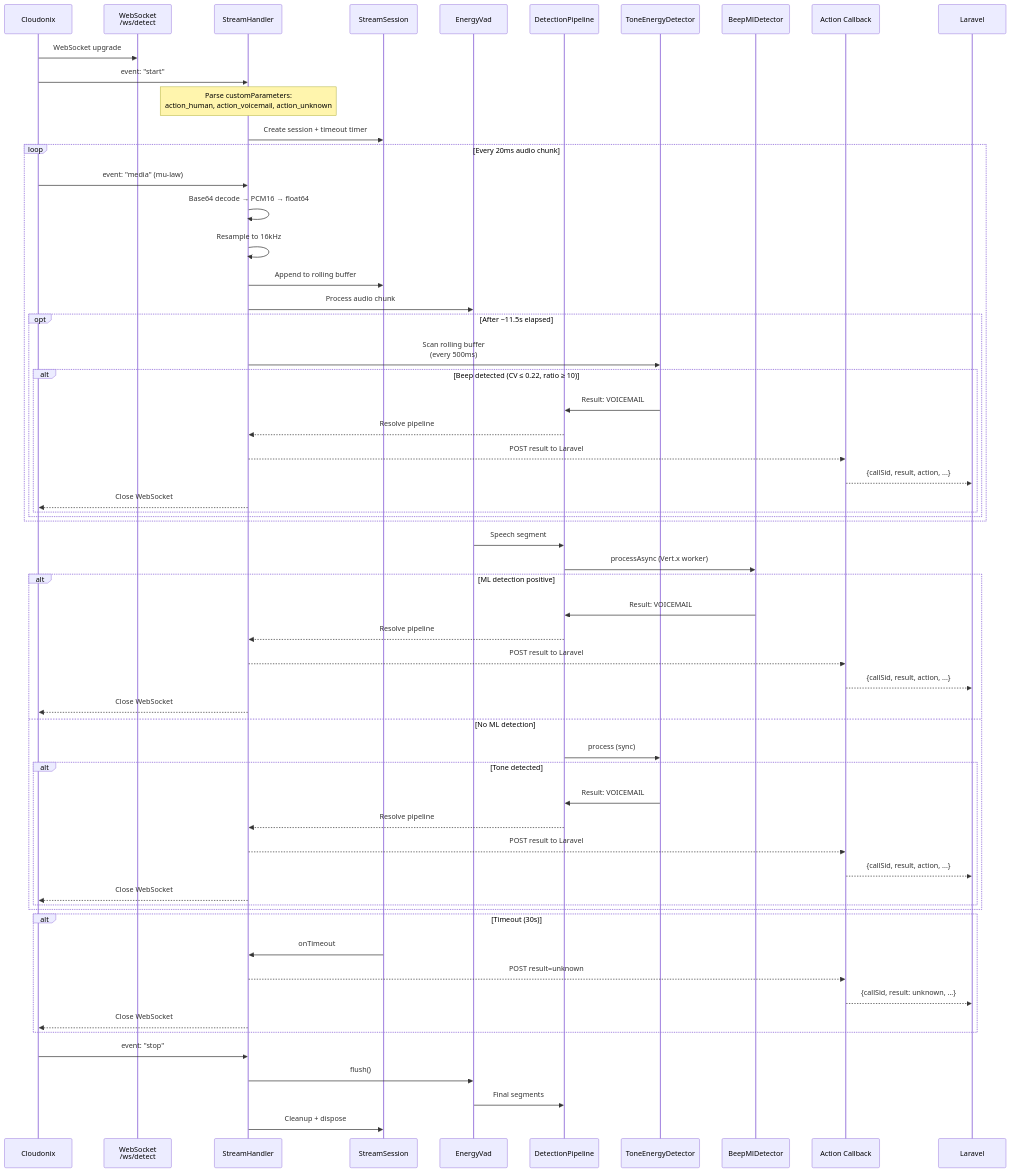
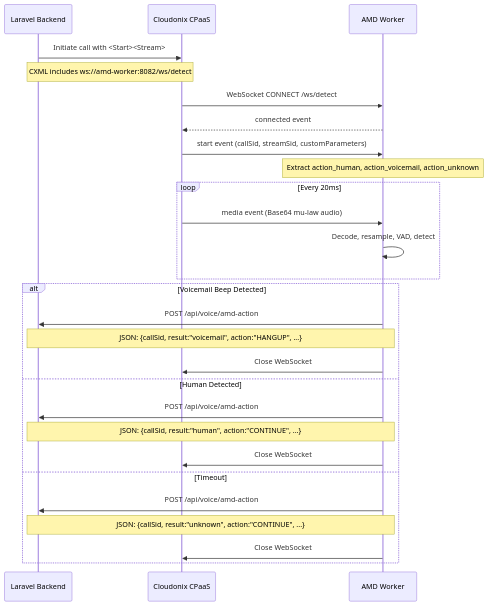
The third of 3 diagrams in amd-worker/README.md (greenfieldtech-nirs/opbx), drawn with Mermaid before and after one commit. The commit also changed other lines of this file and 166 other files, not shown here.

````diff
--- a/amd-worker/README.md
+++ b/amd-worker/README.md
@@ -104,63 +286,32 @@
 ```mermaid
 sequenceDiagram
-    participant C as Cloudonix
-    participant WS as WebSocket<br/>/ws/detect
-    participant SH as StreamHandler
-    participant SS as StreamSession
-    participant VAD as EnergyVad
-    participant DP as DetectionPipeline
-    participant TED as ToneEnergyDetector
-    participant BML as BeepMlDetector
-    participant CB as Action Callback
-    participant L as Laravel
+    participant L as Laravel Backend
+    participant C as Cloudonix CPaaS
+    participant A as AMD Worker
 
-    C->>WS: WebSocket upgrade
-    C->>SH: event: "start"
-    Note over SH: Parse customParameters:<br/>action_human, action_voicemail, action_unknown
-    SH->>SS: Create session + timeout timer
-    loop Every 20ms audio chunk
-        C->>SH: event: "media" (mu-law)
-        SH->>SH: Base64 decode → PCM16 → float64
-        SH->>SH: Resample to 16kHz
-        SH->>SS: Append to rolling buffer
-        SH->>VAD: Process audio chunk
-        opt After ~11.5s elapsed
-            SH->>TED: Scan rolling buffer<br/>(every 500ms)
-            alt Beep detected (CV ≤ 0.22, ratio ≥ 10)
-                TED->>DP: Result: VOICEMAIL
-                DP-->>SH: Resolve pipeline
-                SH-->>CB: POST result to Laravel
-                CB-->>L: {callSid, result, action, ...}
-                SH-->>C: Close WebSocket
-            end
-        end
+    L->>C: Initiate call with <Start><Stream>
+    Note over L,C: CXML includes ws://amd-worker:8082/ws/detect
+    C->>A: WebSocket CONNECT /ws/detect
+    A-->>C: connected event
+    C->>A: start event (callSid, streamSid, customParameters)
+    Note over A: Extract action_human, action_voicemail, action_unknown
+
+    loop Every 20ms
+        C->>A: media event (Base64 mu-law audio)
+        A->>A: Decode, resample, VAD, detect
     end
-    VAD->>DP: Speech segment
-    DP->>BML: processAsync (Vert.x worker)
-    alt ML detection positive
-        BML->>DP: Result: VOICEMAIL
-        DP-->>SH: Resolve pipeline
-        SH-->>CB: POST result to Laravel
-        CB-->>L: {callSid, result, action, ...}
-        SH-->>C: Close WebSocket
-    else No ML detection
-        DP->>TED: process (sync)
-        alt Tone detected
-            TED->>DP: Result: VOICEMAIL
-            DP-->>SH: Resolve pipeline
-            SH-->>CB: POST result to Laravel
-            CB-->>L: {callSid, result, action, ...}
-            SH-->>C: Close WebSocket
-        end
+
+    alt Voicemail Beep Detected
+        A->>L: POST /api/voice/amd-action
+        Note over A,L: JSON: {callSid, result:"voicemail", action:"HANGUP", ...}
+        A->>C: Close WebSocket
+    else Human Detected
+        A->>L: POST /api/voice/amd-action
+        Note over A,L: JSON: {callSid, result:"human", action:"CONTINUE", ...}
+        A->>C: Close WebSocket
+    else Timeout
+        A->>L: POST /api/voice/amd-action
+        Note over A,L: JSON: {callSid, result:"unknown", action:"CONTINUE", ...}
+        A->>C: Close WebSocket
     end
-    alt Timeout (30s)
-        SS->>SH: onTimeout
-        SH-->>CB: POST result=unknown
-        CB-->>L: {callSid, result: unknown, ...}
-        SH-->>C: Close WebSocket
-    end
-    C->>SH: event: "stop"
-    SH->>VAD: flush()
-    VAD->>DP: Final segments
-    SH->>SS: Cleanup + dispose
 ```
````
